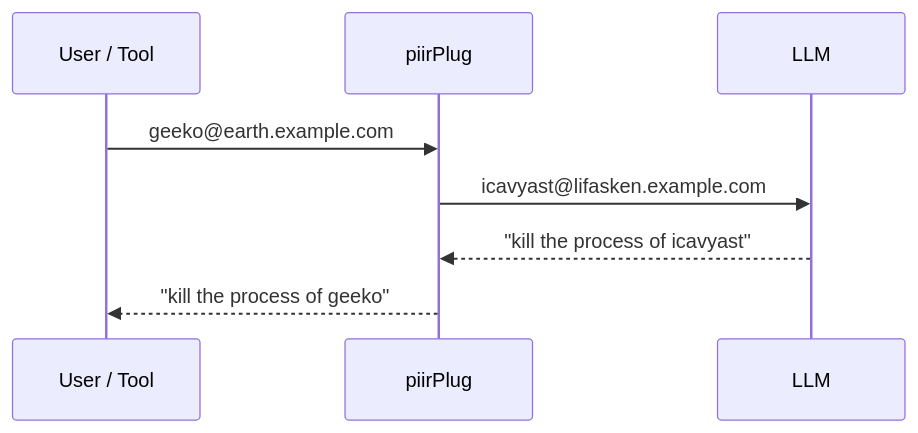
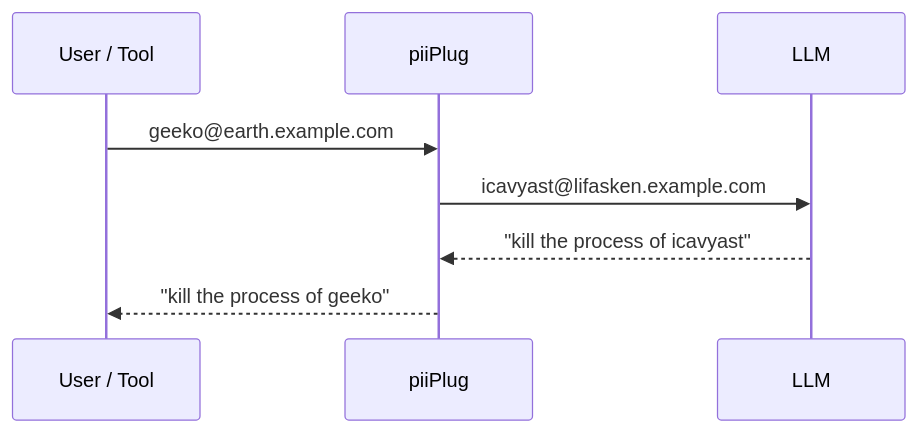
The diagram in README.md (openSUSE/piiplugin), drawn with Mermaid before and after one commit. The commit also changed other lines of this file and 13 other files, not shown here.

````diff
--- a/README.md
+++ b/README.md
@@ -76,10 +76,10 @@
 ```mermaid
 sequenceDiagram
     participant U as User / Tool
-    participant P as piirPlug
+    participant P as piiPlug
     participant M as LLM
     U->>P: geeko@earth.example.com
     P->>M: icavyast@lifasken.example.com
     M-->>P: "kill the process of icavyast"
     P-->>U: "kill the process of geeko"
 ```
````
